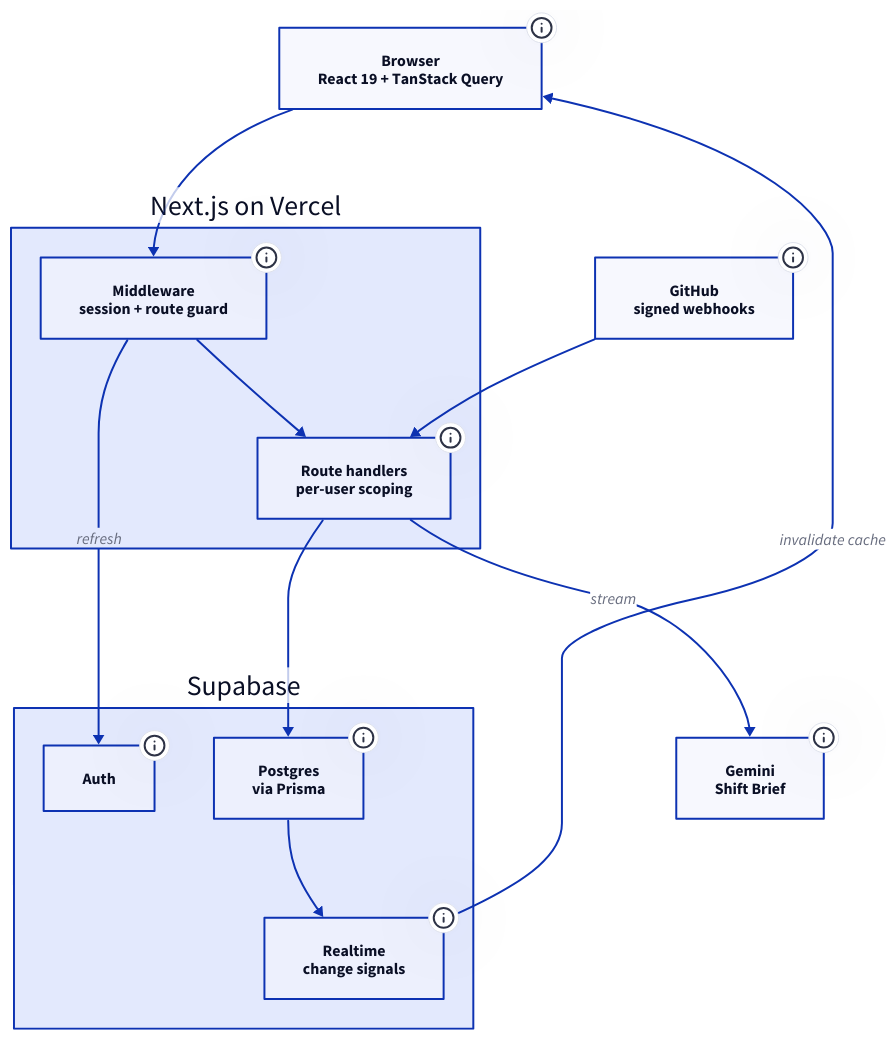
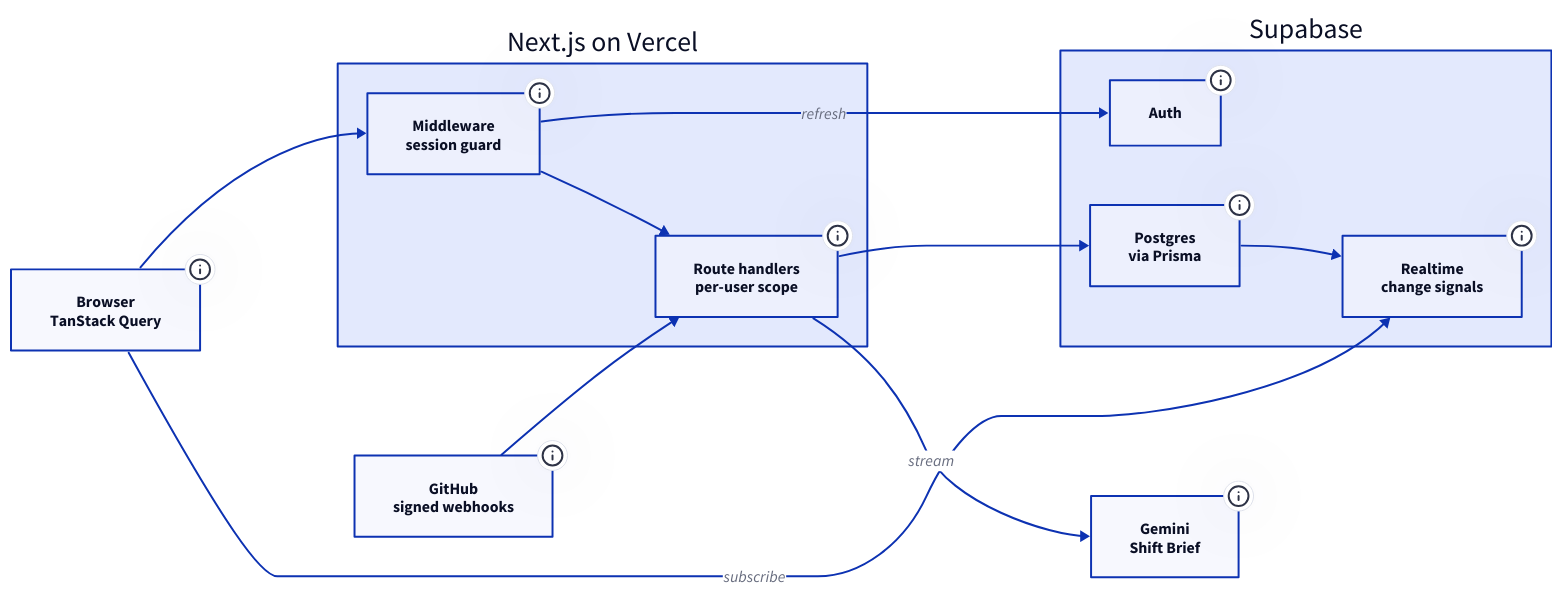
One commit to kunalgoesbyken/portfoliov1 changed the diagram in data/projects/diagrams/taskflow-system.d2. Above: the diagram before and after it, drawn with D2. The commit also changed 35 other files, not shown here.

Commit message:
Horizontal diagrams with side detail panel, uniform screenshot frames, direct project cards

```diff
--- a/data/projects/diagrams/taskflow-system.d2
+++ b/data/projects/diagrams/taskflow-system.d2
@@ -1,53 +1,53 @@
-direction: down
+direction: right
 
-browser: Browser\nReact 19 + TanStack Query {
+browser: Browser\nTanStack Query {
   class: client
   tooltip: "Server components render the first view through Prisma; client components fetch and mutate through TanStack Query. Drag and drop between timezone lanes uses dnd-kit."
 }
 
 app: Next.js on Vercel {
   class: zone
-  guard: Middleware\nsession + route guard {
+  guard: Middleware\nsession guard {
     class: service
     tooltip: "Refreshes the Supabase session cookie on each request and redirects signed-out visitors away from the dashboard, tasks, analytics and settings."
   }
-  api: Route handlers\nper-user scoping {
+  api: Route handlers\nper-user scope {
     class: service
     tooltip: "26 handlers. Every query is scoped to tasks the caller created or is assigned. Bulk changes first verify access to every id, then run one updateMany plus one createMany for the audit trail: 2 statements for any batch size."
   }
   guard -> api
 }
 
 supabase: Supabase {
   class: zone
   auth: Auth {
     class: external
     tooltip: "Email and password plus GitHub OAuth. The demo sign-in creates its user on first use and seeds a workspace with fixed ids and skip-duplicates, so concurrent first visitors cannot create copies."
   }
   db: Postgres\nvia Prisma {
     class: store
     tooltip: "7 tables. Composite indexes on assignee and creator with updatedAt back the dashboard query. Pooled connections for queries, a direct URL for migrations."
   }
   realtime: Realtime\nchange signals {
     class: external
     tooltip: "Change payloads carry no joined rows, so each event only invalidates the TanStack Query cache and the client refetches the same joined shape the API returns. One data path instead of two."
   }
   db -> realtime
 }
 
 github: GitHub\nsigned webhooks {
   class: external
   tooltip: "Webhooks are verified by recomputing the HMAC with a timing-safe compare. Stored GitHub tokens are encrypted with AES-256-GCM."
 }
 
 gemini: Gemini\nShift Brief {
   class: model
   tooltip: "Summarises what changed in the last day or week from the user's recently updated tasks, streamed back as server-sent events."
 }
 
 browser -> app.guard
 app.guard -> supabase.auth: refresh
 app.api -> supabase.db
-supabase.realtime -> browser: invalidate cache
+browser -> supabase.realtime: subscribe
 github -> app.api
 app.api -> gemini: stream
```
